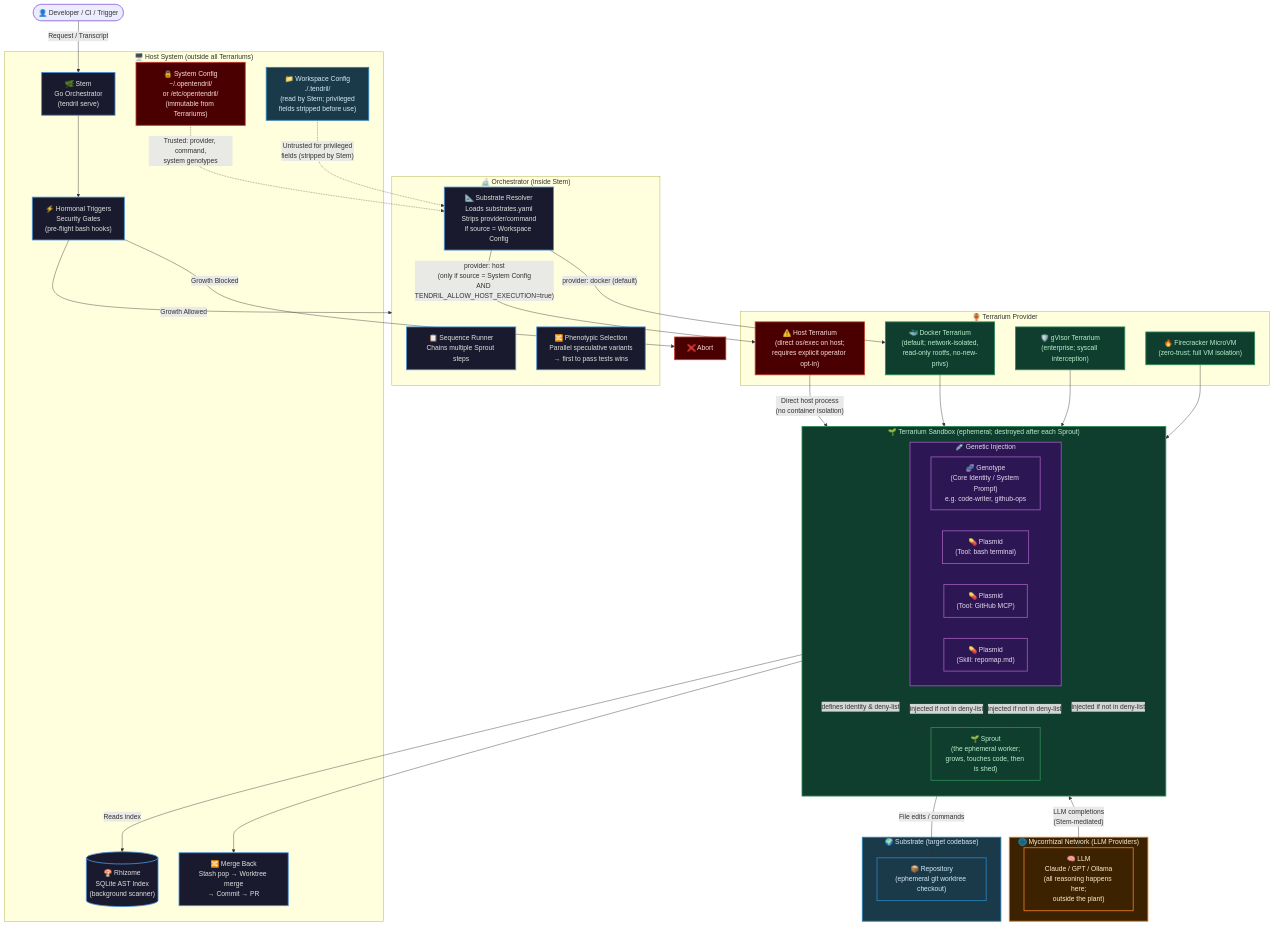
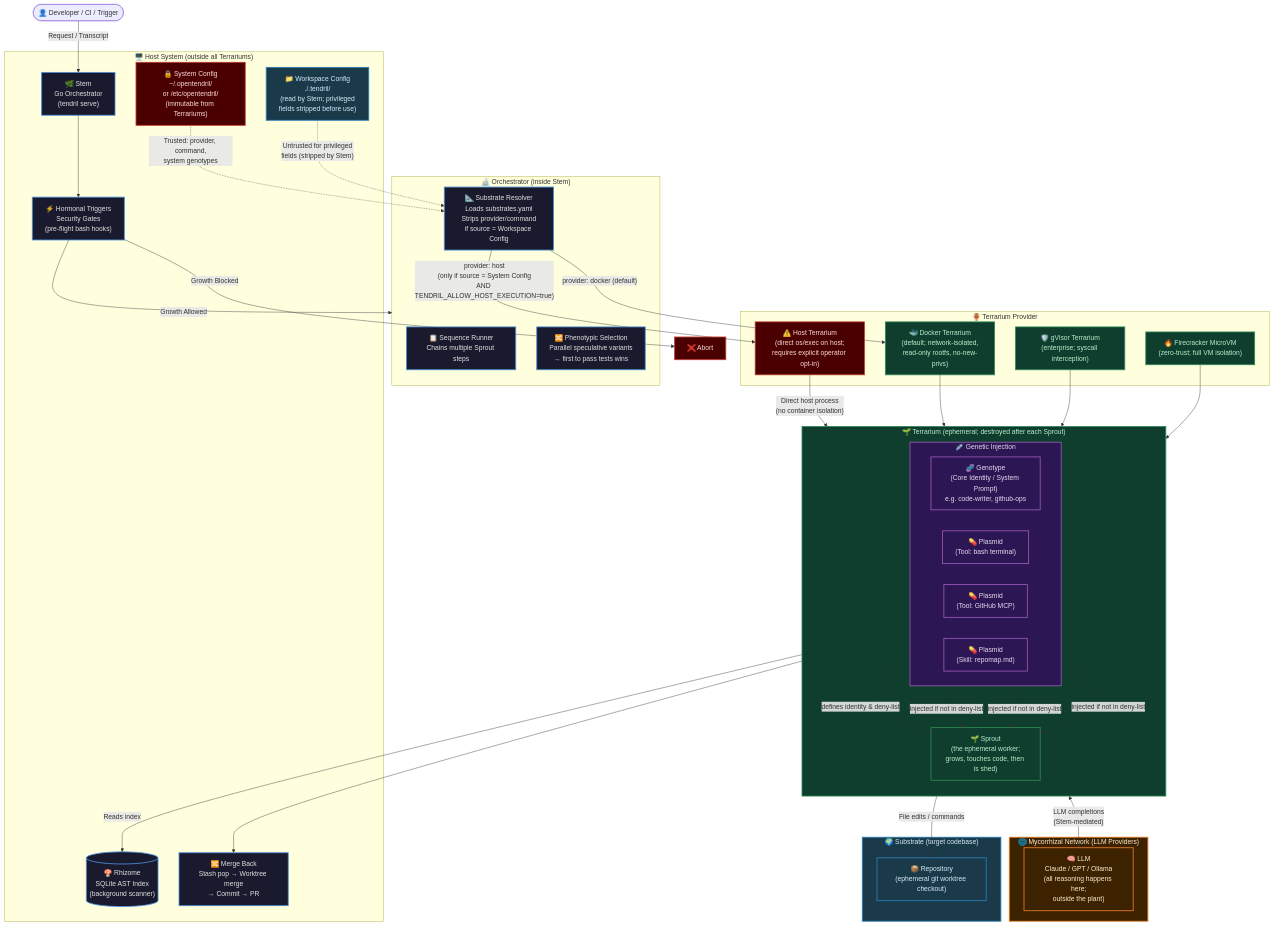
One commit to opentendril/opentendril changed the first of 3 diagrams in docs/ARCHITECTURE-TAXONOMY.md. Above: the diagram before and after it, drawn with Mermaid. The commit also changed other lines of this file and 72 other files, not shown here.

```diff
--- a/docs/ARCHITECTURE-TAXONOMY.md
+++ b/docs/ARCHITECTURE-TAXONOMY.md
@@ -53,7 +53,7 @@
         HostProvider["⚠️ Host Terrarium\n(direct os/exec on host;\nrequires explicit operator opt-in)"]
     end
 
-    subgraph TerrariumSandbox ["🌱 Terrarium Sandbox  (ephemeral; destroyed after each Sprout)"]
+    subgraph TerrariumSandbox ["🌱 Terrarium  (ephemeral; destroyed after each Sprout)"]
         direction TB
         Sprout["🌱 Sprout\n(the ephemeral worker;\ngrows, touches code, then is shed)"]
 
```
